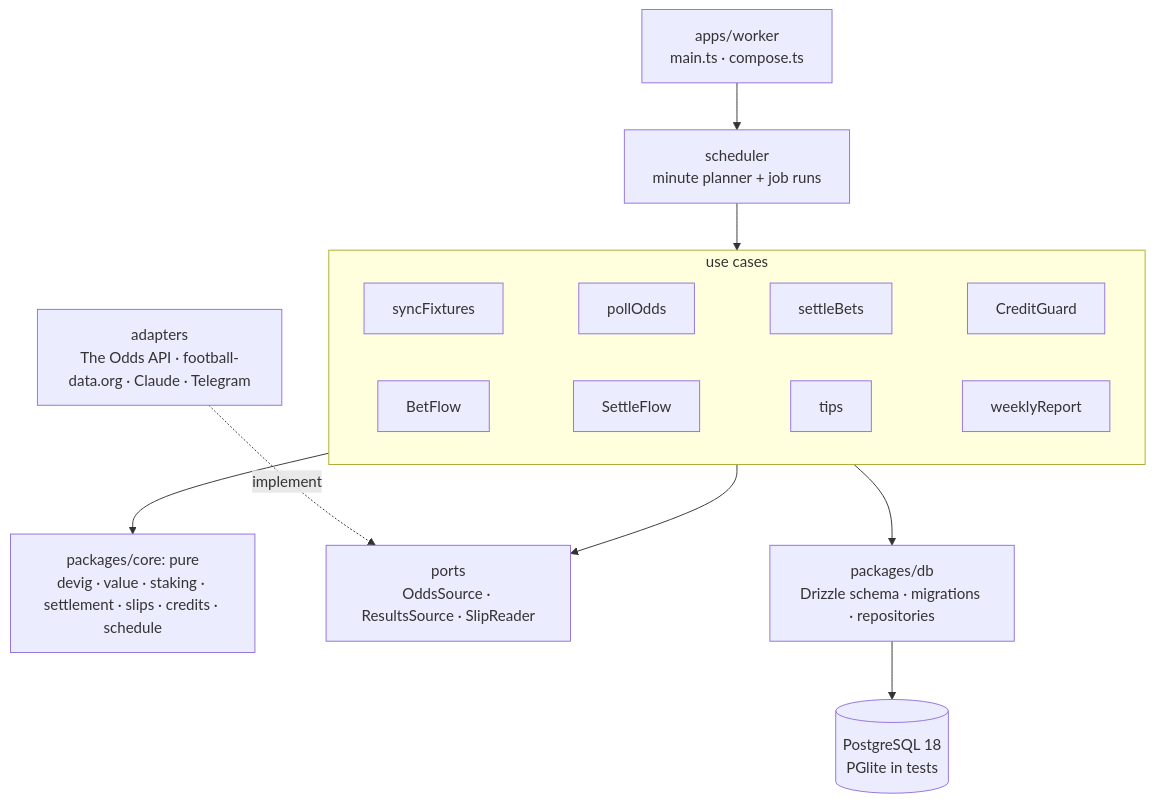
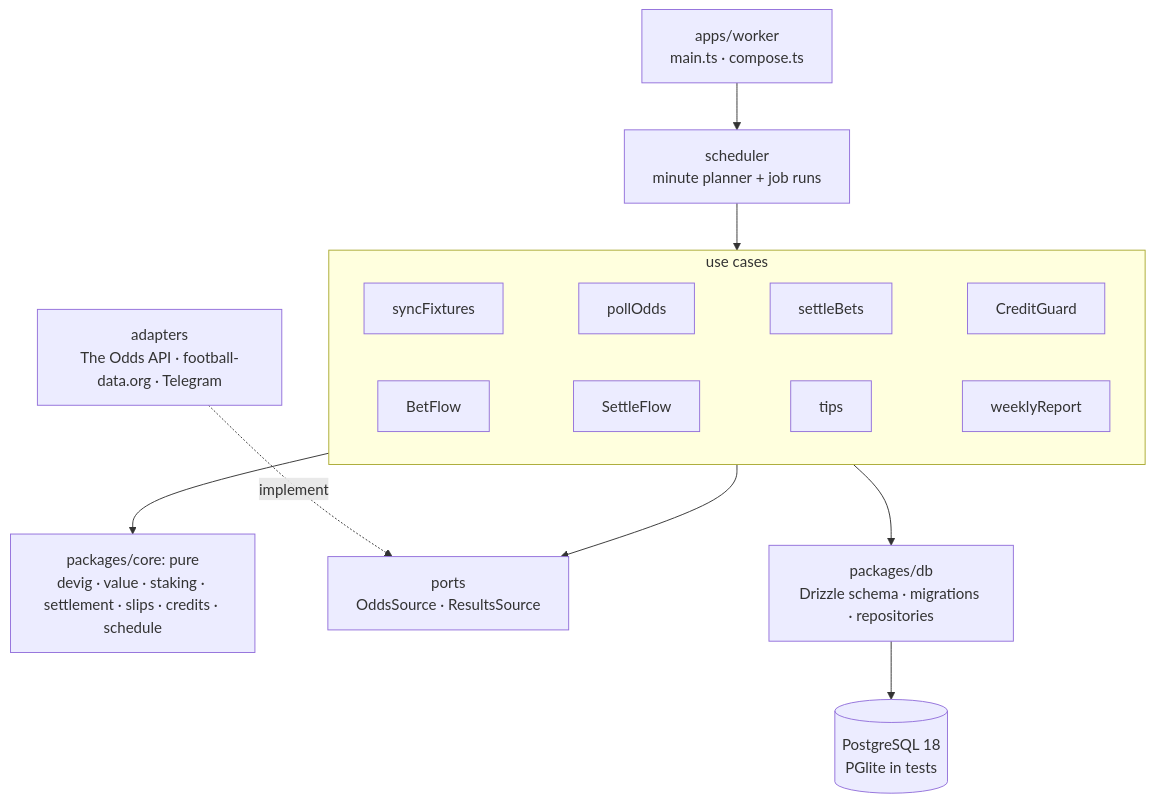
Before and after one commit to achref-thamri/closing-line: the second of 2 diagrams in README.md, drawn with Mermaid. The commit also changed other lines of this file and 20 other files, not shown here.

````diff
--- a/README.md
+++ b/README.md
@@ -68,15 +69,15 @@
 ```mermaid
 flowchart TB
     main["apps/worker<br/>main.ts · compose.ts"] --> runner["scheduler<br/>minute planner + job runs"]
     runner --> app
     subgraph app["use cases"]
         direction LR
         a1[syncFixtures] ~~~ a2[pollOdds] ~~~ a3[settleBets] ~~~ a4[CreditGuard]
         a5[BetFlow] ~~~ a6[SettleFlow] ~~~ a7[tips] ~~~ a8[weeklyReport]
     end
     app --> core["packages/core: pure<br/>devig · value · staking · settlement · slips · credits · schedule"]
-    app --> ports["ports<br/>OddsSource · ResultsSource · SlipReader"]
-    adapters["adapters<br/>The Odds API · football-data.org · Claude · Telegram"] -. implement .-> ports
+    app --> ports["ports<br/>OddsSource · ResultsSource"]
+    adapters["adapters<br/>The Odds API · football-data.org · Telegram"] -. implement .-> ports
     app --> db["packages/db<br/>Drizzle schema · migrations · repositories"]
     db --> pg[("PostgreSQL 18<br/>PGlite in tests")]
 ```
````
